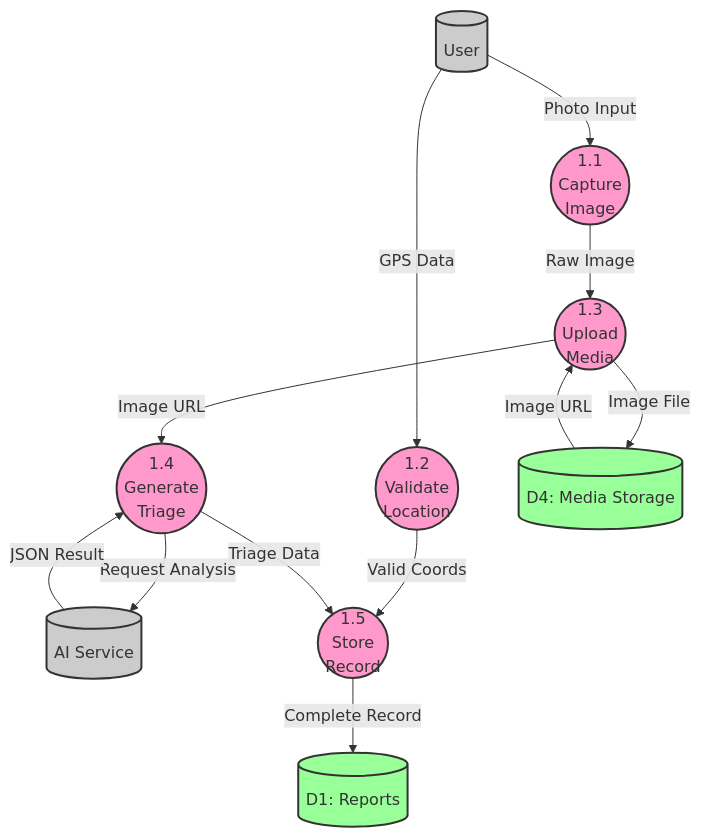
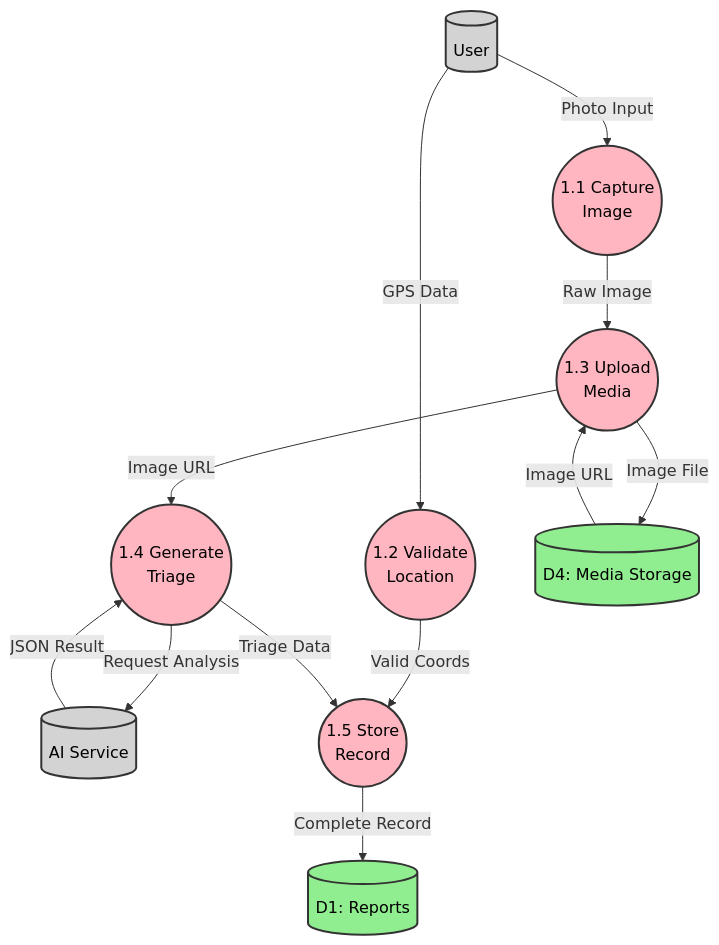
The third of 3 diagrams in dfd_diagrams.md (jattu8602/animal-helpline), drawn with Mermaid before and after one commit. The commit also changed other lines of this file, not shown here.

Commit message:
refactor: Adjust DFD diagram element colors, text colors, and label formatting.

````diff
--- a/dfd_diagrams.md
+++ b/dfd_diagrams.md
@@ -93,42 +94,43 @@
 ```mermaid
 graph TD
     %% External
     User[("User")]
     AI_Service[("AI Service")]
 
     %% Sub-Processes
-    P1_1(("1.1<br/>Capture<br/>Image"))
-    P1_2(("1.2<br/>Validate<br/>Location"))
-    P1_3(("1.3<br/>Upload<br/>Media"))
-    P1_4(("1.4<br/>Generate<br/>Triage"))
-    P1_5(("1.5<br/>Store<br/>Record"))
+    P1_1(("1.1 Capture<br/>Image"))
+    P1_2(("1.2 Validate<br/>Location"))
+    P1_3(("1.3 Upload<br/>Media"))
+    P1_4(("1.4 Generate<br/>Triage"))
+    P1_5(("1.5 Store<br/>Record"))
 
     %% Data Stores
     D1[("D1: Reports")]
     D4[("D4: Media Storage")]
 
     %% Flows
     User -->|Photo Input| P1_1
     P1_1 -->|Raw Image| P1_3
     P1_3 -->|Image File| D4
     D4 -->|Image URL| P1_3
 
     User -->|GPS Data| P1_2
     P1_2 -->|Valid Coords| P1_5
 
     P1_3 -->|Image URL| P1_4
     P1_4 -->|Request Analysis| AI_Service
     AI_Service -->|JSON Result| P1_4
 
     P1_4 -->|Triage Data| P1_5
     P1_5 -->|Complete Record| D1
 
     %% Styling
-    classDef subproc fill:#ff99cc,stroke:#333,stroke-width:2px;
-    classDef store fill:#99ff99,stroke:#333,stroke-width:2px;
-    classDef ext fill:#cccccc,stroke:#333,stroke-width:2px;
+    %% Styling
+    classDef subproc fill:#FFB6C1,stroke:#333,stroke-width:2px,color:black;
+    classDef store fill:#90EE90,stroke:#333,stroke-width:2px,color:black;
+    classDef ext fill:#D3D3D3,stroke:#333,stroke-width:2px,color:black;
 
     class P1_1,P1_2,P1_3,P1_4,P1_5 subproc
     class D1,D4 store
     class User,AI_Service ext
 ```
````
